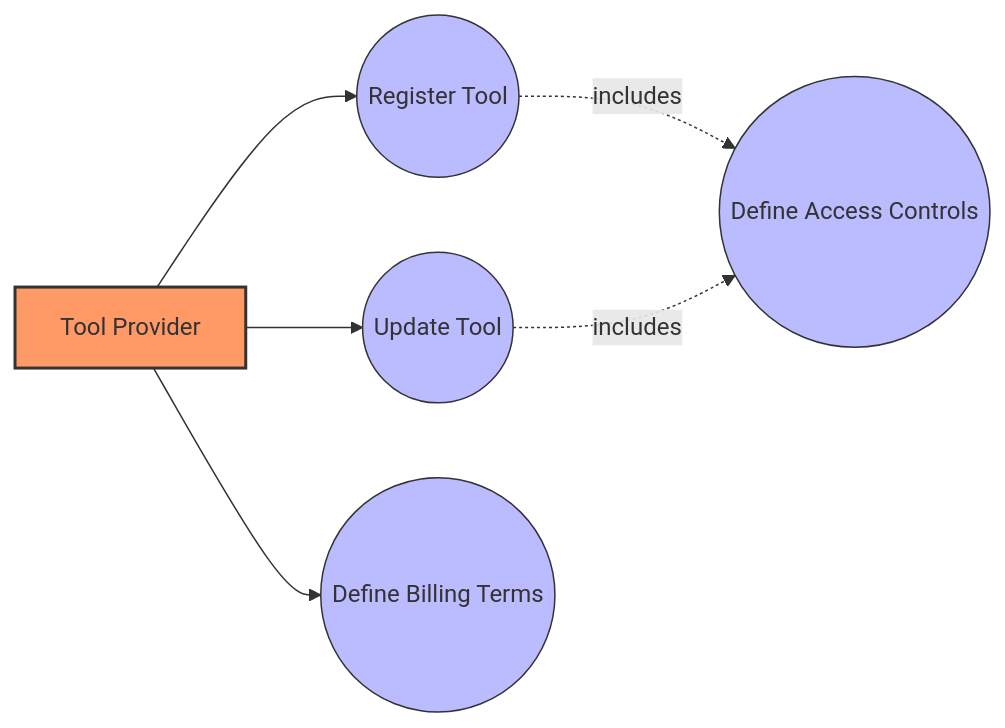
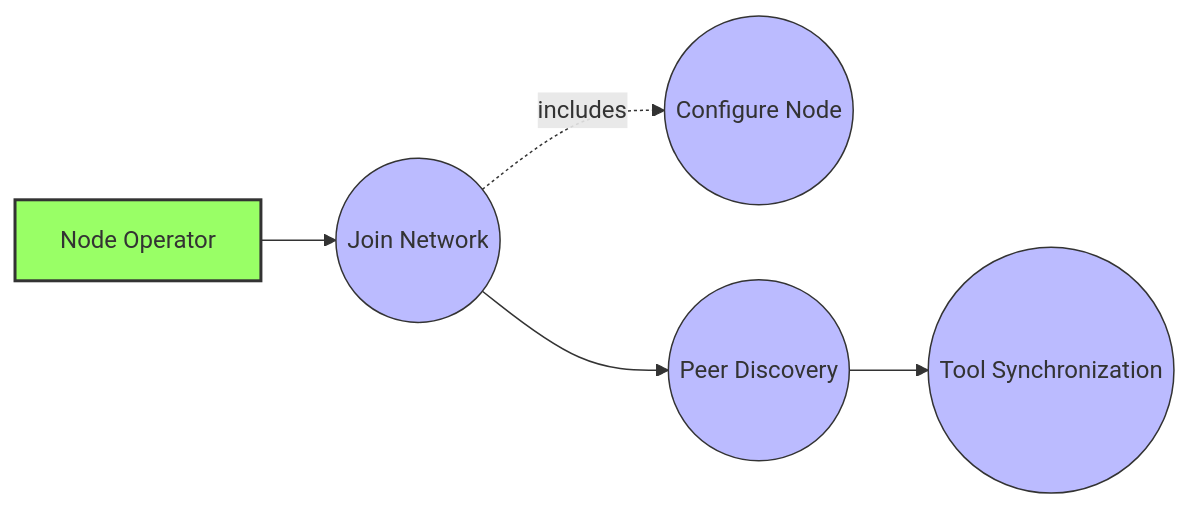
Before and after one commit to o2alexanderfedin/decentralized-mcp-registry: the seventh of 16 diagrams in use-cases.md, drawn with Mermaid. The commit also changed other lines of this file, not shown here.

Commit message:
Update use cases with comprehensive diagrams

````diff
--- a/use-cases.md
+++ b/use-cases.md
@@ -53,14 +152,13 @@
 ```mermaid
 graph LR
-    P[Tool Provider] --> UC1((Register Tool))
-    P --> UC2((Update Tool))
-    P --> UC3((Define Billing Terms))
-    UC1 -.includes.-> UC4((Define Access Controls))
-    UC2 -.includes.-> UC4
+    O[Node Operator] --> UC1((Join Network))
+    UC1 -.includes.-> UC2((Configure Node))
+    UC1 --> UC3((Peer Discovery))
+    UC3 --> UC4((Tool Synchronization))
     
-    style P fill:#f96,stroke:#333,stroke-width:2px
+    style O fill:#9f6,stroke:#333,stroke-width:2px
     style UC1 fill:#bbf,stroke:#333,stroke-width:1px
     style UC2 fill:#bbf,stroke:#333,stroke-width:1px
     style UC3 fill:#bbf,stroke:#333,stroke-width:1px
     style UC4 fill:#bbf,stroke:#333,stroke-width:1px
 ```
````
